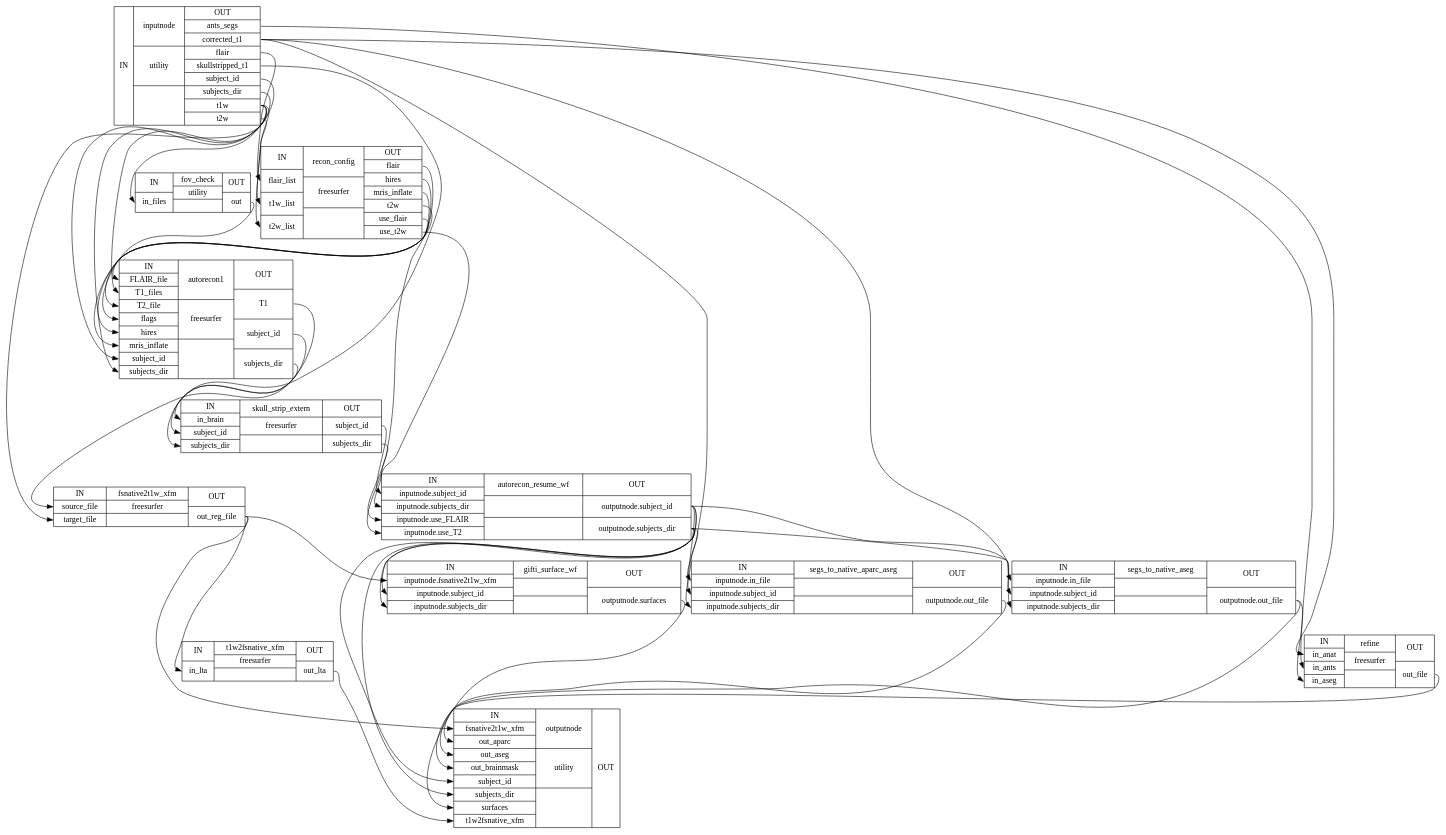
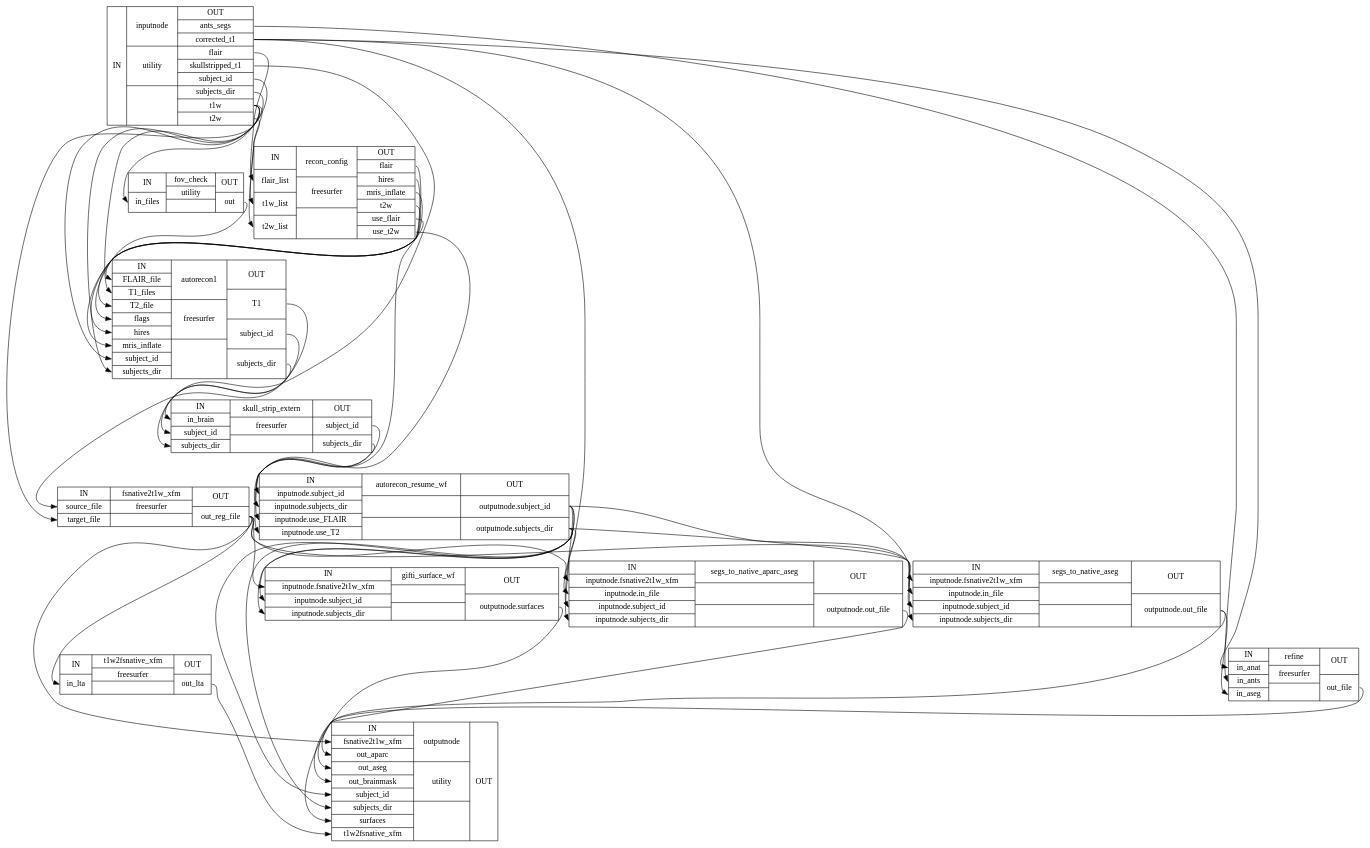
The diagram in 0.6.0rc3/wf_directive/api/surface_recon_wf/smriprep-workflows-surfaces-4_detailed.dot (nuKs/smriprep), drawn with Graphviz before and after one commit. The commit also changed 2798 other files, not shown here.

```diff
--- a/0.6.0rc3/wf_directive/api/surface_recon_wf/smriprep-workflows-surfaces-4_detailed.dot
+++ b/0.6.0rc3/wf_directive/api/surface_recon_wf/smriprep-workflows-surfaces-4_detailed.dot
@@ -1,58 +1,60 @@
 digraph structs {
 node [shape=record];
 surface_recon_wfinputnode [label="{IN}|{ inputnode | utility |  }|{OUT|<outantssegs> ants_segs|<outcorrectedt1> corrected_t1|<outflair> flair|<outskullstrippedt1> skullstripped_t1|<outsubjectid> subject_id|<outsubjectsdir> subjects_dir|<outt1w> t1w|<outt2w> t2w}"];
 surface_recon_wffov_check [label="{IN|<ininfiles> in_files}|{ fov_check | utility |  }|{OUT|<outout> out}"];
 surface_recon_wfrecon_config [label="{IN|<inflairlist> flair_list|<int1wlist> t1w_list|<int2wlist> t2w_list}|{ recon_config | freesurfer |  }|{OUT|<outflair> flair|<outhires> hires|<outmrisinflate> mris_inflate|<outt2w> t2w|<outuseflair> use_flair|<outuset2w> use_t2w}"];
 surface_recon_wfautorecon1 [label="{IN|<inFLAIRfile> FLAIR_file|<inT1files> T1_files|<inT2file> T2_file|<inflags> flags|<inhires> hires|<inmrisinflate> mris_inflate|<insubjectid> subject_id|<insubjectsdir> subjects_dir}|{ autorecon1 | freesurfer |  }|{OUT|<outT1> T1|<outsubjectid> subject_id|<outsubjectsdir> subjects_dir}"];
 surface_recon_wffsnative2t1w_xfm [label="{IN|<insourcefile> source_file|<intargetfile> target_file}|{ fsnative2t1w_xfm | freesurfer |  }|{OUT|<outoutregfile> out_reg_file}"];
 surface_recon_wft1w2fsnative_xfm [label="{IN|<ininlta> in_lta}|{ t1w2fsnative_xfm | freesurfer |  }|{OUT|<outoutlta> out_lta}"];
 surface_recon_wfskull_strip_extern [label="{IN|<ininbrain> in_brain|<insubjectid> subject_id|<insubjectsdir> subjects_dir}|{ skull_strip_extern | freesurfer |  }|{OUT|<outsubjectid> subject_id|<outsubjectsdir> subjects_dir}"];
 surface_recon_wfautorecon_resume_wf [label="{IN|<ininputnodesubjectid> inputnode.subject_id|<ininputnodesubjectsdir> inputnode.subjects_dir|<ininputnodeuseFLAIR> inputnode.use_FLAIR|<ininputnodeuseT2> inputnode.use_T2}|{ autorecon_resume_wf |  |  }|{OUT|<outoutputnodesubjectid> outputnode.subject_id|<outoutputnodesubjectsdir> outputnode.subjects_dir}"];
-surface_recon_wfsegs_to_native_aparc_aseg [label="{IN|<ininputnodeinfile> inputnode.in_file|<ininputnodesubjectid> inputnode.subject_id|<ininputnodesubjectsdir> inputnode.subjects_dir}|{ segs_to_native_aparc_aseg |  |  }|{OUT|<outoutputnodeoutfile> outputnode.out_file}"];
-surface_recon_wfsegs_to_native_aseg [label="{IN|<ininputnodeinfile> inputnode.in_file|<ininputnodesubjectid> inputnode.subject_id|<ininputnodesubjectsdir> inputnode.subjects_dir}|{ segs_to_native_aseg |  |  }|{OUT|<outoutputnodeoutfile> outputnode.out_file}"];
+surface_recon_wfsegs_to_native_aparc_aseg [label="{IN|<ininputnodefsnative2t1wxfm> inputnode.fsnative2t1w_xfm|<ininputnodeinfile> inputnode.in_file|<ininputnodesubjectid> inputnode.subject_id|<ininputnodesubjectsdir> inputnode.subjects_dir}|{ segs_to_native_aparc_aseg |  |  }|{OUT|<outoutputnodeoutfile> outputnode.out_file}"];
+surface_recon_wfsegs_to_native_aseg [label="{IN|<ininputnodefsnative2t1wxfm> inputnode.fsnative2t1w_xfm|<ininputnodeinfile> inputnode.in_file|<ininputnodesubjectid> inputnode.subject_id|<ininputnodesubjectsdir> inputnode.subjects_dir}|{ segs_to_native_aseg |  |  }|{OUT|<outoutputnodeoutfile> outputnode.out_file}"];
 surface_recon_wfrefine [label="{IN|<ininanat> in_anat|<ininants> in_ants|<ininaseg> in_aseg}|{ refine | freesurfer |  }|{OUT|<outoutfile> out_file}"];
 surface_recon_wfgifti_surface_wf [label="{IN|<ininputnodefsnative2t1wxfm> inputnode.fsnative2t1w_xfm|<ininputnodesubjectid> inputnode.subject_id|<ininputnodesubjectsdir> inputnode.subjects_dir}|{ gifti_surface_wf |  |  }|{OUT|<outoutputnodesurfaces> outputnode.surfaces}"];
 surface_recon_wfoutputnode [label="{IN|<infsnative2t1wxfm> fsnative2t1w_xfm|<inoutaparc> out_aparc|<inoutaseg> out_aseg|<inoutbrainmask> out_brainmask|<insubjectid> subject_id|<insubjectsdir> subjects_dir|<insurfaces> surfaces|<int1w2fsnativexfm> t1w2fsnative_xfm}|{ outputnode | utility |  }|{OUT}"];
 surface_recon_wfautorecon1:outT1:e -> surface_recon_wffsnative2t1w_xfm:insourcefile:w;
 surface_recon_wfautorecon1:outsubjectid:e -> surface_recon_wfskull_strip_extern:insubjectid:w;
 surface_recon_wfautorecon1:outsubjectsdir:e -> surface_recon_wfskull_strip_extern:insubjectsdir:w;
 surface_recon_wfautorecon_resume_wf:outoutputnodesubjectid:e -> surface_recon_wfgifti_surface_wf:ininputnodesubjectid:w;
 surface_recon_wfautorecon_resume_wf:outoutputnodesubjectid:e -> surface_recon_wfoutputnode:insubjectid:w;
 surface_recon_wfautorecon_resume_wf:outoutputnodesubjectid:e -> surface_recon_wfsegs_to_native_aparc_aseg:ininputnodesubjectid:w;
 surface_recon_wfautorecon_resume_wf:outoutputnodesubjectid:e -> surface_recon_wfsegs_to_native_aseg:ininputnodesubjectid:w;
 surface_recon_wfautorecon_resume_wf:outoutputnodesubjectsdir:e -> surface_recon_wfgifti_surface_wf:ininputnodesubjectsdir:w;
 surface_recon_wfautorecon_resume_wf:outoutputnodesubjectsdir:e -> surface_recon_wfoutputnode:insubjectsdir:w;
 surface_recon_wfautorecon_resume_wf:outoutputnodesubjectsdir:e -> surface_recon_wfsegs_to_native_aparc_aseg:ininputnodesubjectsdir:w;
 surface_recon_wfautorecon_resume_wf:outoutputnodesubjectsdir:e -> surface_recon_wfsegs_to_native_aseg:ininputnodesubjectsdir:w;
 surface_recon_wffov_check:outout:e -> surface_recon_wfautorecon1:inflags:w;
 surface_recon_wffsnative2t1w_xfm:outoutregfile:e -> surface_recon_wfgifti_surface_wf:ininputnodefsnative2t1wxfm:w;
 surface_recon_wffsnative2t1w_xfm:outoutregfile:e -> surface_recon_wfoutputnode:infsnative2t1wxfm:w;
+surface_recon_wffsnative2t1w_xfm:outoutregfile:e -> surface_recon_wfsegs_to_native_aparc_aseg:ininputnodefsnative2t1wxfm:w;
+surface_recon_wffsnative2t1w_xfm:outoutregfile:e -> surface_recon_wfsegs_to_native_aseg:ininputnodefsnative2t1wxfm:w;
 surface_recon_wffsnative2t1w_xfm:outoutregfile:e -> surface_recon_wft1w2fsnative_xfm:ininlta:w;
 surface_recon_wfgifti_surface_wf:outoutputnodesurfaces:e -> surface_recon_wfoutputnode:insurfaces:w;
 surface_recon_wfinputnode:outantssegs:e -> surface_recon_wfrefine:ininants:w;
 surface_recon_wfinputnode:outcorrectedt1:e -> surface_recon_wfrefine:ininanat:w;
 surface_recon_wfinputnode:outcorrectedt1:e -> surface_recon_wfsegs_to_native_aparc_aseg:ininputnodeinfile:w;
 surface_recon_wfinputnode:outcorrectedt1:e -> surface_recon_wfsegs_to_native_aseg:ininputnodeinfile:w;
 surface_recon_wfinputnode:outflair:e -> surface_recon_wfrecon_config:inflairlist:w;
 surface_recon_wfinputnode:outskullstrippedt1:e -> surface_recon_wfskull_strip_extern:ininbrain:w;
 surface_recon_wfinputnode:outsubjectid:e -> surface_recon_wfautorecon1:insubjectid:w;
 surface_recon_wfinputnode:outsubjectsdir:e -> surface_recon_wfautorecon1:insubjectsdir:w;
 surface_recon_wfinputnode:outt1w:e -> surface_recon_wfautorecon1:inT1files:w;
 surface_recon_wfinputnode:outt1w:e -> surface_recon_wffov_check:ininfiles:w;
 surface_recon_wfinputnode:outt1w:e -> surface_recon_wffsnative2t1w_xfm:intargetfile:w;
 surface_recon_wfinputnode:outt1w:e -> surface_recon_wfrecon_config:int1wlist:w;
 surface_recon_wfinputnode:outt2w:e -> surface_recon_wfrecon_config:int2wlist:w;
 surface_recon_wfrecon_config:outflair:e -> surface_recon_wfautorecon1:inFLAIRfile:w;
 surface_recon_wfrecon_config:outhires:e -> surface_recon_wfautorecon1:inhires:w;
 surface_recon_wfrecon_config:outmrisinflate:e -> surface_recon_wfautorecon1:inmrisinflate:w;
 surface_recon_wfrecon_config:outt2w:e -> surface_recon_wfautorecon1:inT2file:w;
 surface_recon_wfrecon_config:outuseflair:e -> surface_recon_wfautorecon_resume_wf:ininputnodeuseFLAIR:w;
 surface_recon_wfrecon_config:outuset2w:e -> surface_recon_wfautorecon_resume_wf:ininputnodeuseT2:w;
 surface_recon_wfrefine:outoutfile:e -> surface_recon_wfoutputnode:inoutbrainmask:w;
 surface_recon_wfsegs_to_native_aparc_aseg:outoutputnodeoutfile:e -> surface_recon_wfoutputnode:inoutaparc:w;
 surface_recon_wfsegs_to_native_aseg:outoutputnodeoutfile:e -> surface_recon_wfoutputnode:inoutaseg:w;
 surface_recon_wfsegs_to_native_aseg:outoutputnodeoutfile:e -> surface_recon_wfrefine:ininaseg:w;
 surface_recon_wfskull_strip_extern:outsubjectid:e -> surface_recon_wfautorecon_resume_wf:ininputnodesubjectid:w;
 surface_recon_wfskull_strip_extern:outsubjectsdir:e -> surface_recon_wfautorecon_resume_wf:ininputnodesubjectsdir:w;
 surface_recon_wft1w2fsnative_xfm:outoutlta:e -> surface_recon_wfoutputnode:int1w2fsnativexfm:w;
 }
```
